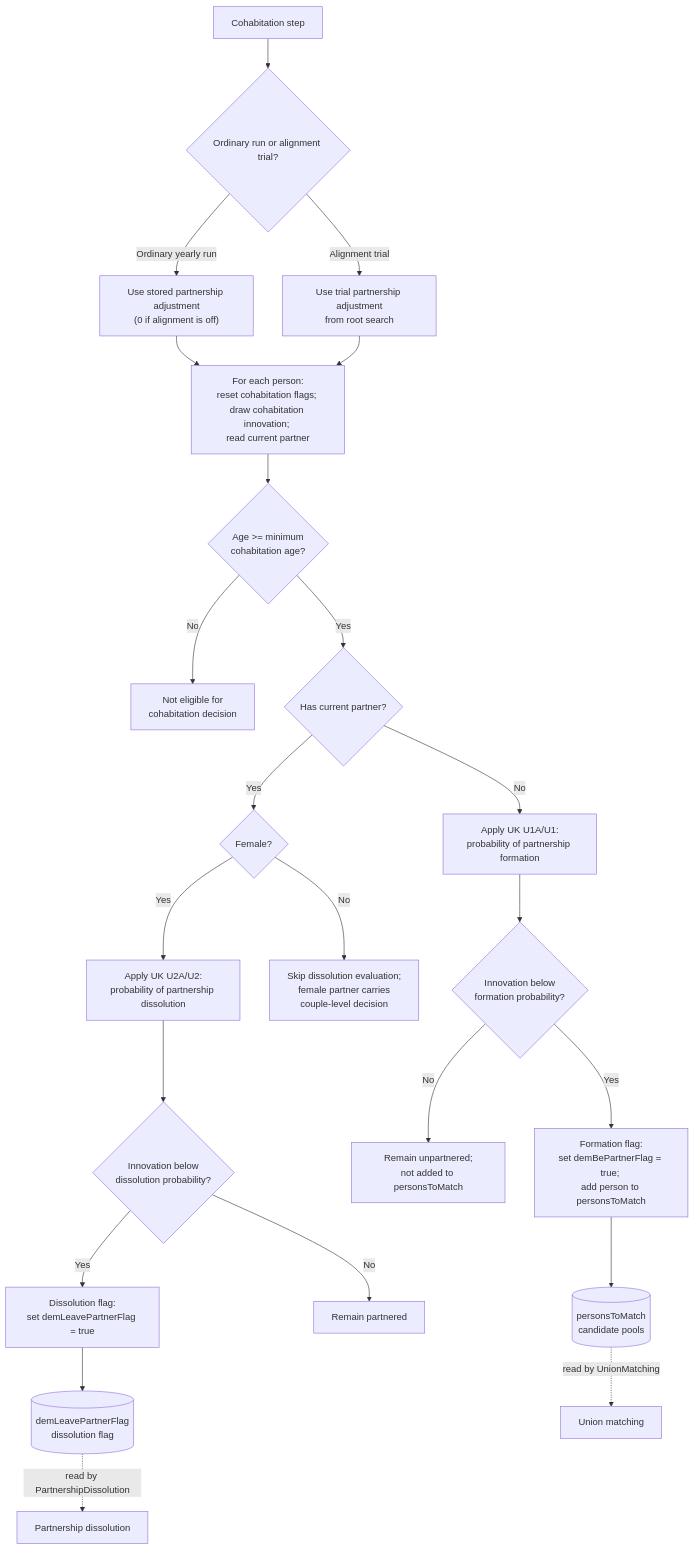
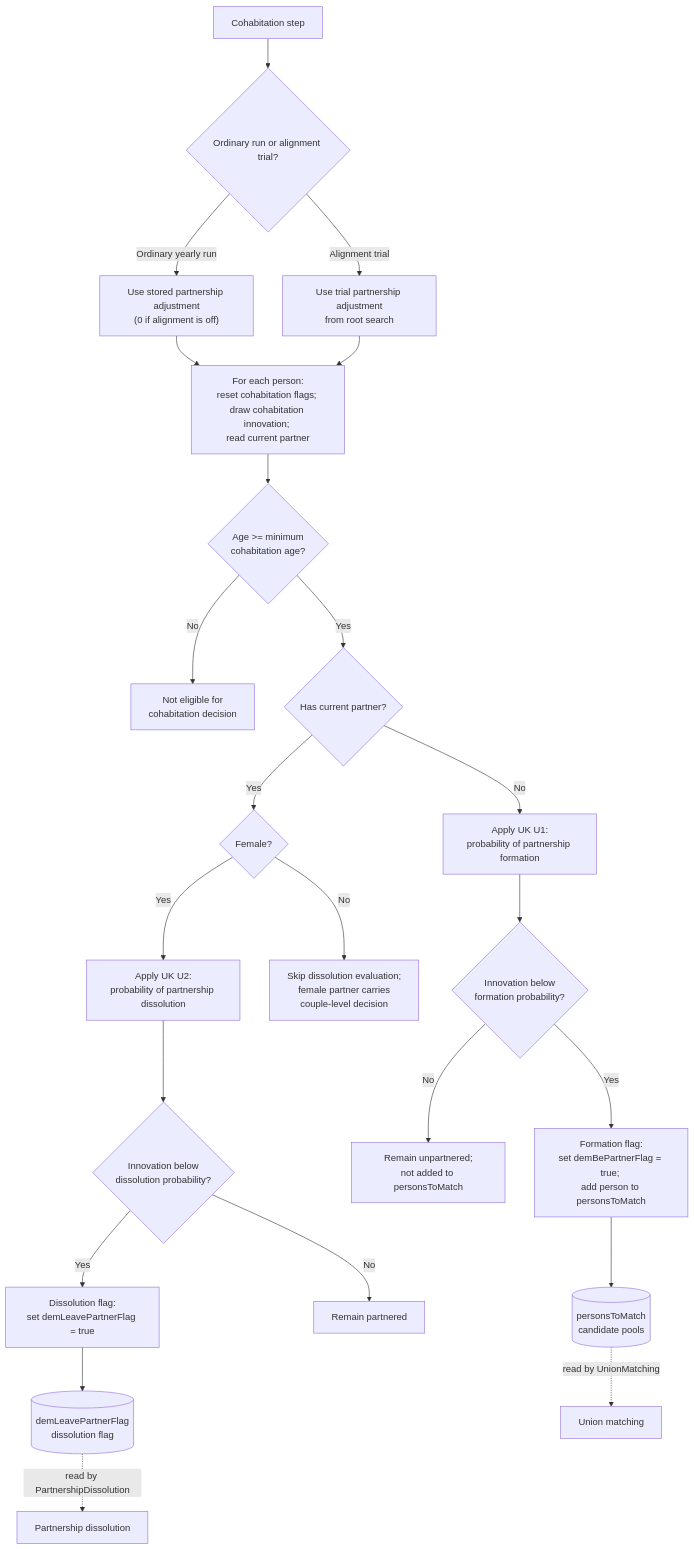
The diagram in documentation/flowcharts/modules/cohabitation.md (LiangShi369/SimPaths), drawn with Mermaid before and after one commit. The commit also changed other lines of this file and 1 other file, not shown here.

````diff
--- a/documentation/flowcharts/modules/cohabitation.md
+++ b/documentation/flowcharts/modules/cohabitation.md
@@ -109,27 +107,27 @@
 ```mermaid
 flowchart TD
     A["Cohabitation step"] --> B{"Ordinary run or alignment trial?"}
     B -- Ordinary yearly run --> C["Use stored partnership adjustment<br/>(0 if alignment is off)"]
     B -- Alignment trial --> D["Use trial partnership adjustment<br/>from root search"]
     C --> E["For each person:<br/>reset cohabitation flags; <br/>draw cohabitation innovation; <br/>read current partner"]
     D --> E
 
     E --> F{"Age >= minimum<br/>cohabitation age?"}
     F -- No --> Z["Not eligible for<br/>cohabitation decision"]
     F -- Yes --> H{"Has current partner?"}
-    H -- No --> I["Apply UK U1A/U1:<br/>probability of partnership formation"]
+    H -- No --> I["Apply UK U1:<br/>probability of partnership formation"]
     I --> J{"Innovation below<br/>formation probability?"}
     J -- Yes --> K["Formation flag:<br/>set demBePartnerFlag = true; <br/>add person to personsToMatch"]
     J -- No --> L["Remain unpartnered;<br/>not added to personsToMatch"]
     H -- Yes --> M{"Female?"}
     M -- No --> N["Skip dissolution evaluation;<br/>female partner carries<br/>couple-level decision"]
-    M -- Yes --> O["Apply UK U2A/U2:<br/>probability of partnership dissolution"]
+    M -- Yes --> O["Apply UK U2:<br/>probability of partnership dissolution"]
     O --> P{"Innovation below<br/>dissolution probability?"}
     P -- Yes --> Q["Dissolution flag:<br/>set demLeavePartnerFlag = true"]
     P -- No --> R["Remain partnered"]
 
     K --> K2[("personsToMatch<br/>candidate pools")]
     Q --> Q2[("demLeavePartnerFlag<br/>dissolution flag")]
     K2 -. "read by UnionMatching" .-> UM["Union matching"]
     Q2 -. "read by PartnershipDissolution" .-> PD["Partnership dissolution"]
 ```
````
